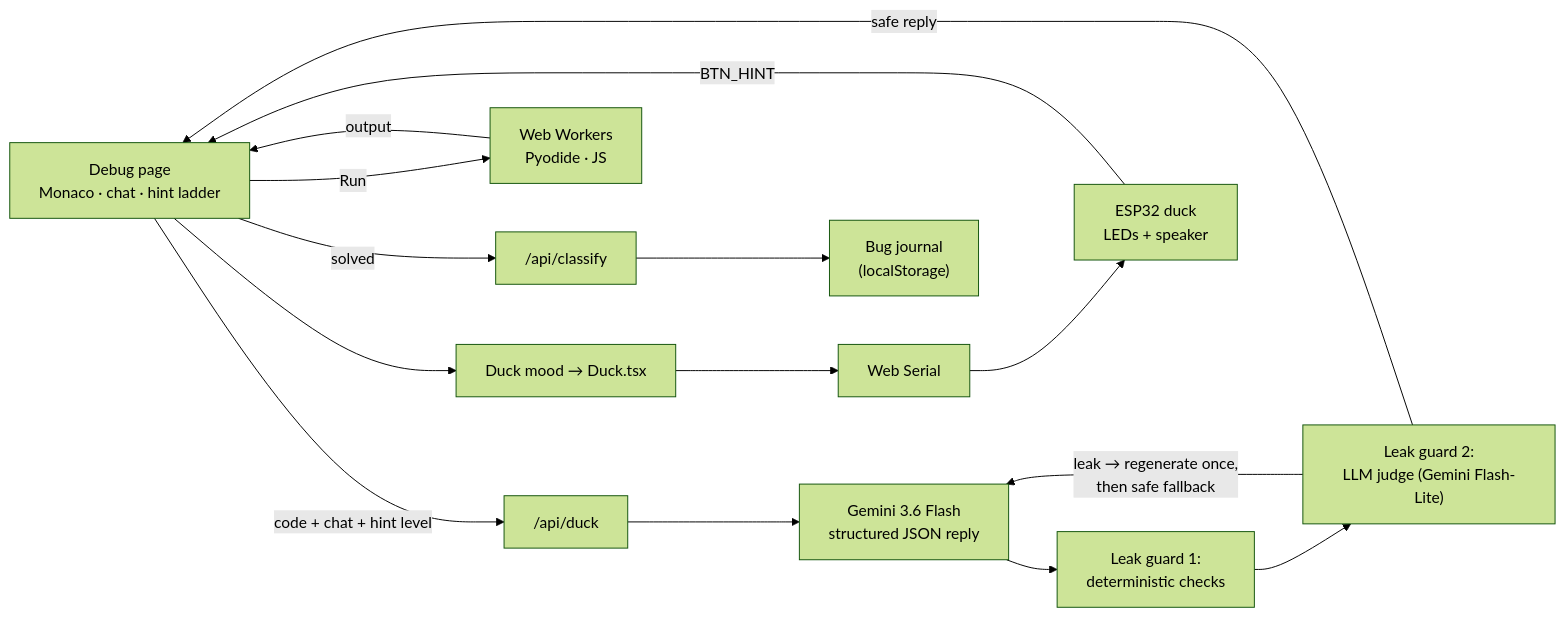
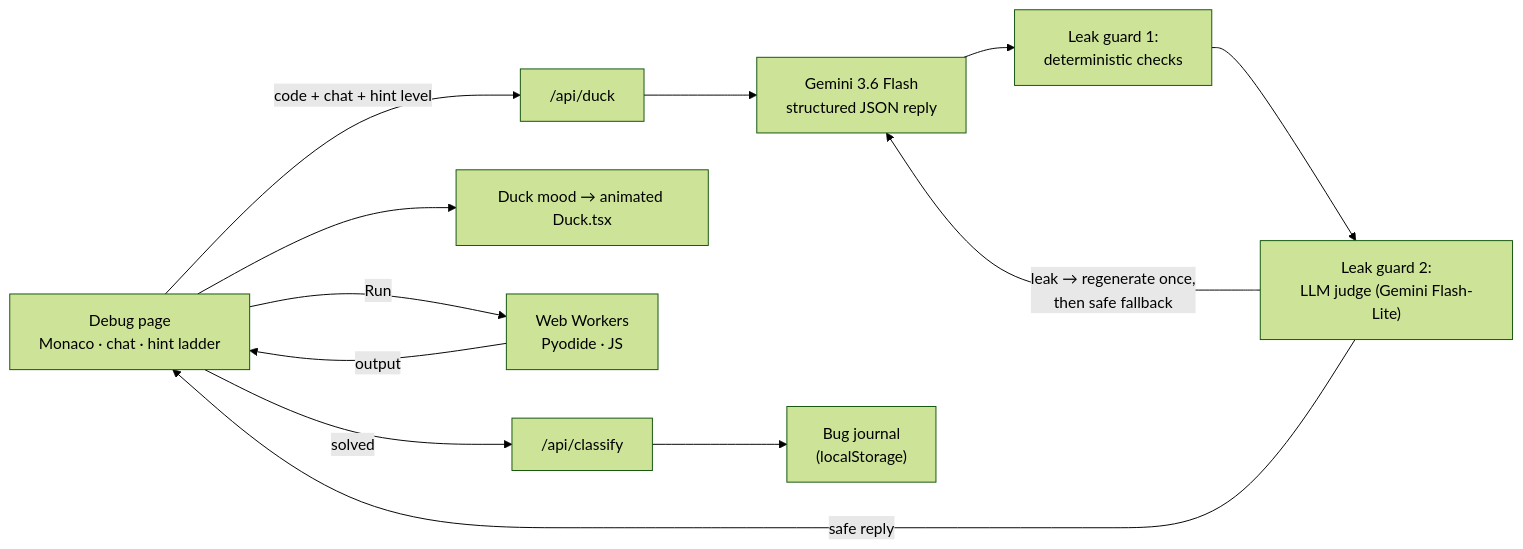
The diagram in README.md (JasperRosales/quack-overflow), drawn with Mermaid (forest theme) before and after one commit. The commit also changed other lines of this file and 22 other files, not shown here.

````diff
--- a/README.md
+++ b/README.md
@@ -37,14 +36,12 @@
 ```mermaid
 flowchart LR
   UI["Debug page<br/>Monaco · chat · hint ladder"] -- "code + chat + hint level" --> API["/api/duck"]
   API --> LLM["Gemini 3.6 Flash<br/>structured JSON reply"]
   LLM --> G1["Leak guard 1:<br/>deterministic checks"]
   G1 --> G2["Leak guard 2:<br/>LLM judge (Gemini Flash-Lite)"]
   G2 -- "leak → regenerate once,<br/>then safe fallback" --> LLM
   G2 -- "safe reply" --> UI
-  UI --> STATE["Duck mood → Duck.tsx"]
-  STATE --> SERIAL["Web Serial"] --> HW["ESP32 duck<br/>LEDs + speaker"]
-  HW -- "BTN_HINT" --> UI
+  UI --> STATE["Duck mood → animated Duck.tsx"]
   UI -- "Run" --> W["Web Workers<br/>Pyodide · JS"] -- "output" --> UI
   UI -- "solved" --> C["/api/classify"] --> J["Bug journal<br/>(localStorage)"]
 ```
````
